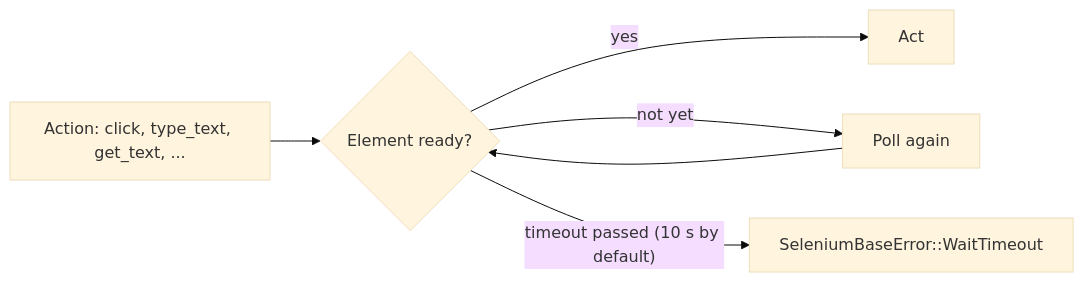
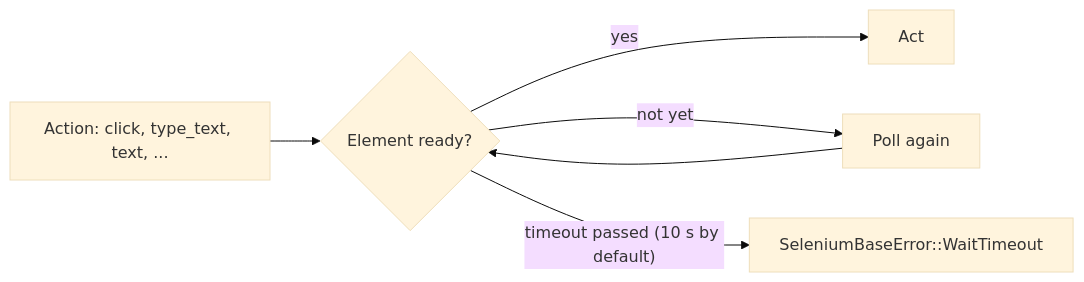
Before and after one commit to MustCodeAl/seleniumbase-rs: the diagram in docs/tutorials/utilities.md, drawn with Mermaid (base theme). The commit also changed other lines of this file and 42 other files, not shown here.

````diff
--- a/docs/tutorials/utilities.md
+++ b/docs/tutorials/utilities.md
@@ -54,7 +54,7 @@
 ```mermaid
 flowchart LR
-  A["Action: click, type_text, get_text, ..."] --> B{"Element ready?"}
+  A["Action: click, type_text, text, ..."] --> B{"Element ready?"}
   B -- "yes" --> C["Act"]
   B -- "not yet" --> D["Poll again"] --> B
   B -- "timeout passed (10 s by default)" --> E["SeleniumBaseError::WaitTimeout"]
 ```
````
